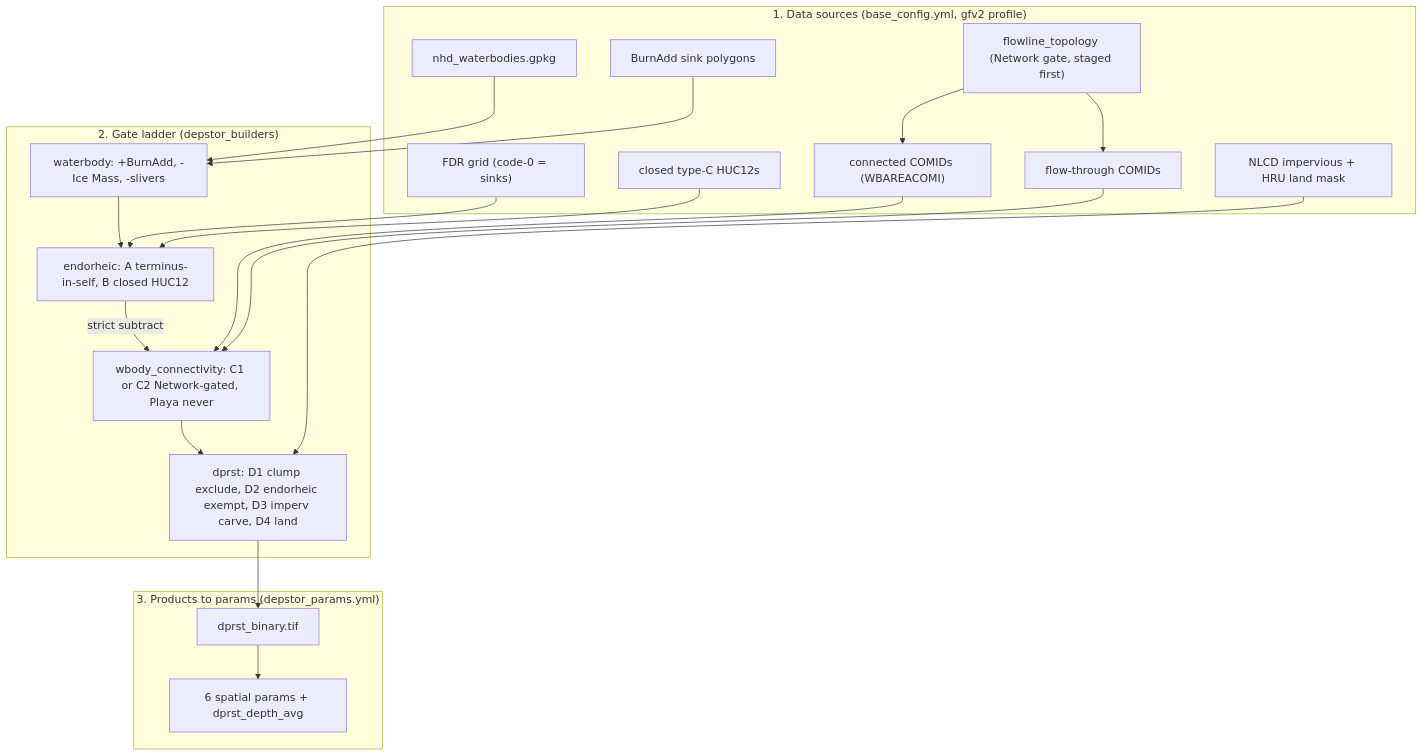
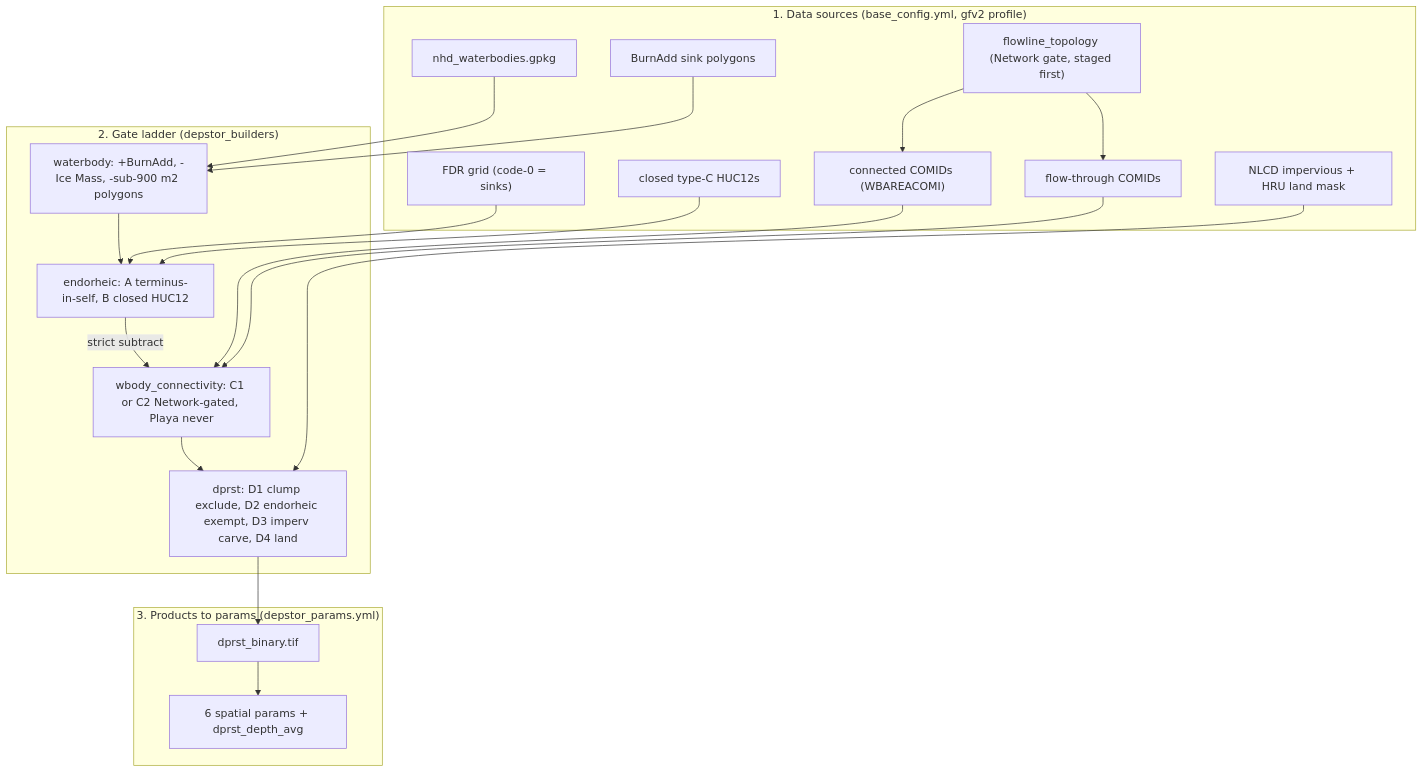
The diagram in docs/depstor_classification_reference.md (rmcd-mscb/gfv2-params), drawn with Mermaid before and after one commit. The commit also changed other lines of this file, not shown here.

Commit message:
docs(depstor): say "sub-900 m² polygons" instead of "slivers"
"Slivers" was loose shorthand; the gate is a plain min-area filter at 900 m²
(one 30 m cell; depstor_rasters.yml:37). Name the threshold and cite it.

````diff
--- a/docs/depstor_classification_reference.md
+++ b/docs/depstor_classification_reference.md
@@ -294,40 +294,40 @@
 ```mermaid
 flowchart TD
     subgraph SRC["1. Data sources (base_config.yml, gfv2 profile)"]
       WB["nhd_waterbodies.gpkg"]
       TOPO["flowline_topology (Network gate, staged first)"]
       CONN["connected COMIDs (WBAREACOMI)"]
       FLOW["flow-through COMIDs"]
       HUC["closed type-C HUC12s"]
       BURN["BurnAdd sink polygons"]
       FDR["FDR grid (code-0 = sinks)"]
       IMP["NLCD impervious + HRU land mask"]
     end
 
     subgraph LAD["2. Gate ladder (depstor_builders)"]
-      W["waterbody: +BurnAdd, -Ice Mass, -slivers"]
+      W["waterbody: +BurnAdd, -Ice Mass, -sub-900 m2 polygons"]
       E["endorheic: A terminus-in-self, B closed HUC12"]
       C["wbody_connectivity: C1 or C2 Network-gated, Playa never"]
       D["dprst: D1 clump exclude, D2 endorheic exempt, D3 imperv carve, D4 land"]
       W --> E
       E -->|"strict subtract"| C
       C --> D
     end
 
     subgraph OUT["3. Products to params (depstor_params.yml)"]
       DP["dprst_binary.tif"]
       PAR["6 spatial params + dprst_depth_avg"]
       DP --> PAR
     end
 
     WB --> W
     BURN --> W
     FDR --> E
     HUC --> E
     TOPO --> CONN
     TOPO --> FLOW
     CONN --> C
     FLOW --> C
     IMP --> D
     D --> DP
 ```
````
